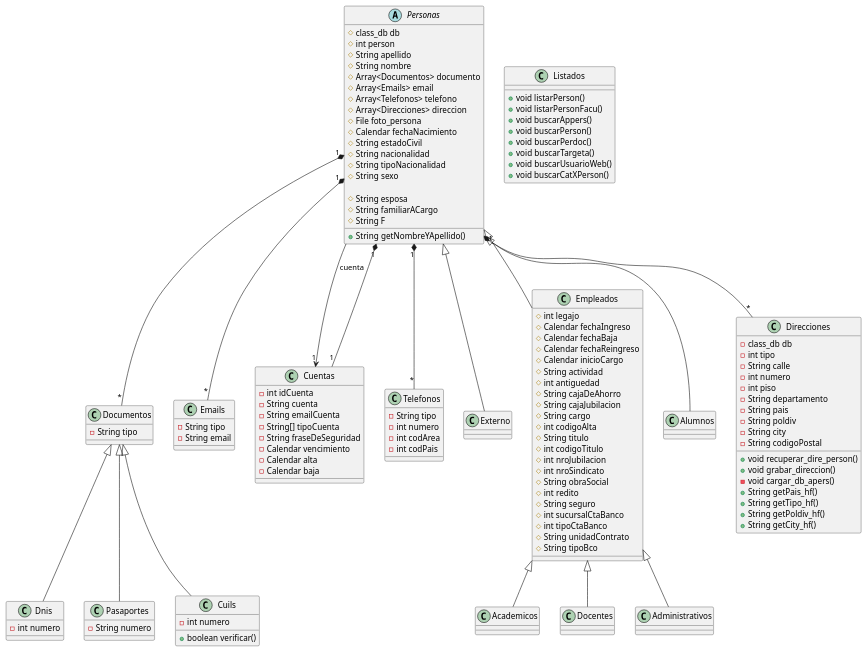
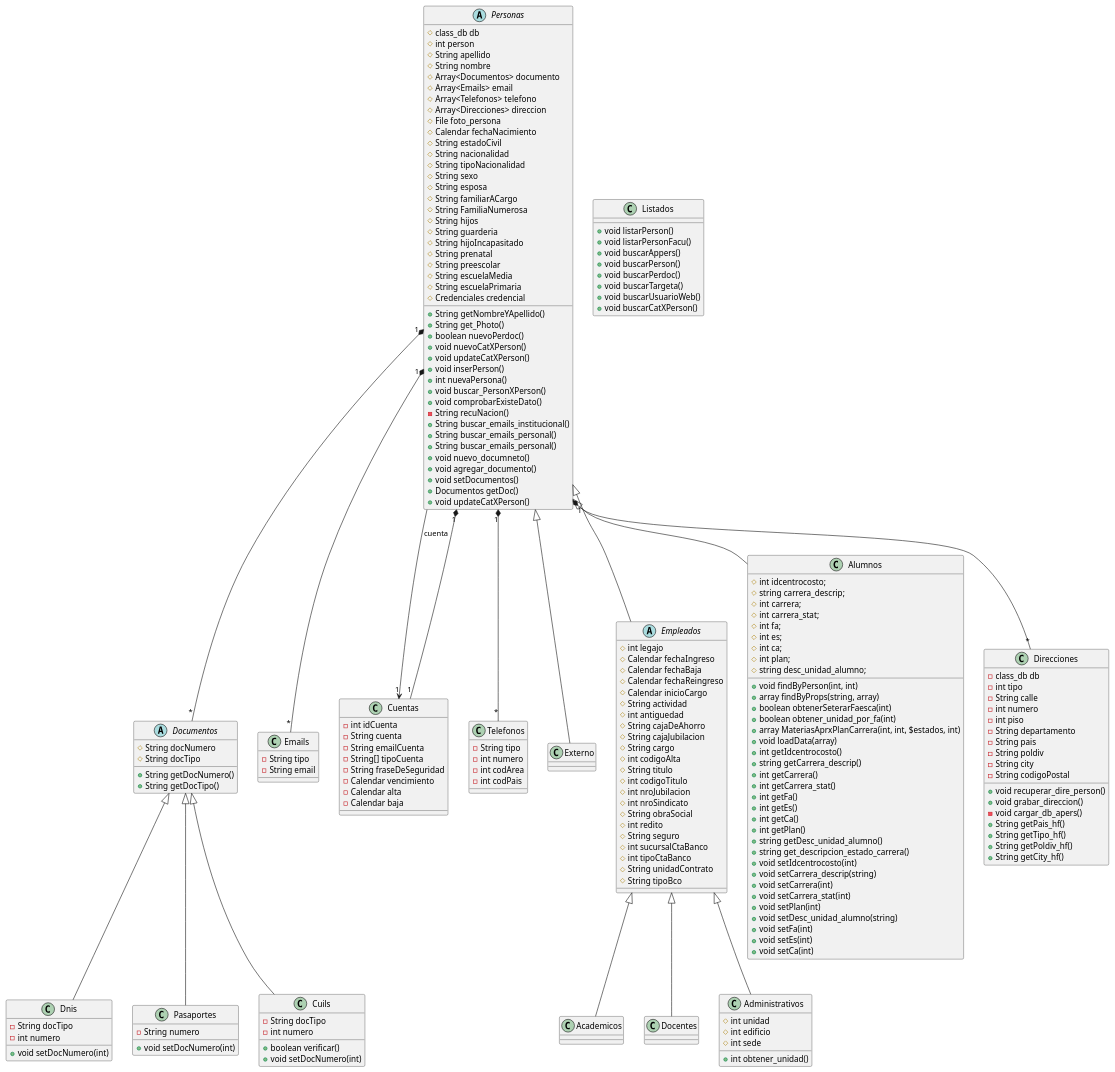
One commit to iberlot/clasesPersonas changed the diagram in Class Diagrams/diagramasClases.puml. Above: the diagram before and after it, drawn with PlantUML. The commit also changed 11 other files, not shown here.

```diff
--- a/Class Diagrams/diagramasClases.puml
+++ b/Class Diagrams/diagramasClases.puml
@@ -16,22 +16,64 @@
 	#String nacionalidad
 	#String tipoNacionalidad
 	#String sexo
-	
 	#String esposa
 	#String familiarACargo
-	#String F
-	
-	
+	#String FamiliaNumerosa
+	#String hijos
+	#String guarderia
+	#String hijoIncapasitado
+	#String prenatal
+	#String preescolar
+	#String escuelaMedia
+	#String escuelaPrimaria
+	#Credenciales credencial
+		
 	+String getNombreYApellido()
+        +String get_Photo()
+        +boolean nuevoPerdoc()
+        +void nuevoCatXPerson()
+        +void updateCatXPerson()
+        +void inserPerson()
+        +int nuevaPersona()
+        +void buscar_PersonXPerson()
+        +void comprobarExisteDato()
+        -String recuNacion()
+        +String buscar_emails_institucional()
+        +String buscar_emails_personal()
+        +String buscar_emails_personal()
+        +void nuevo_documneto()
+        +void agregar_documento()
+        +void setDocumentos()
+        +Documentos getDoc()
+        +void updateCatXPerson()
+
 }
 
+abstract class Documentos {
+    #String docNumero
+    #String docTipo
+    +String getDocNumero()
+    +String getDocTipo()
+}
 
-class Dnis [[java:personas.Dnis]] {
-	-int numero
+class Dnis {
+    -String docTipo
+    -int numero
+    +void setDocNumero(int)
 }
-abstract class Documentos [[java:personas.Documentos]] {
-	-String tipo
+
+class Pasaportes {
+    -String numero
+    +void setDocNumero(int)
 }
+
+class Cuils {
+    -String docTipo
+    -int numero
+    +boolean verificar()
+    +void setDocNumero(int)
+}
+
 class Emails [[java:personas.Emails]] {
 	-String tipo
 	-String email
@@ -56,7 +98,7 @@
 }
 class Externo [[java:personas.Externo]] {
 }
-abstract class Empleados [[java:personas.Empleados]] {
+abstract class Empleados{
 	#int legajo
 	#Calendar fechaIngreso
 	#Calendar fechaBaja
@@ -81,18 +123,45 @@
 	#String tipoBco
 	
 }
-class Docentes [[java:personas.Docentes]] {
+class Docentes {
+    
 }
-class Pasaportes [[java:personas.Pasaportes]] {
-	-String numero
-}
-class Cuils [[java:personas.Cuils]] {
-	-int numero
-	+boolean verificar()
-}
-class Documentos [[java:personas.Documentos]] {
-}
-class Alumnos [[java:personas.Alumnos]] {
+
+class Alumnos {
+    #int idcentrocosto;
+    #string carrera_descrip;
+    #int carrera;
+    #int carrera_stat;
+    #int fa;
+    #int es;
+    #int ca;
+    #int plan;
+    #string desc_unidad_alumno;
+    +void findByPerson(int, int)
+    +array findByProps(string, array)
+    +boolean obtenerSeterarFaesca(int)
+    +boolean obtener_unidad_por_fa(int)
+    +array MateriasAprxPlanCarrera(int, int, $estados, int)
+    +void loadData(array)
+    +int getIdcentrocosto()
+    +string getCarrera_descrip()
+    +int getCarrera()
+    +int getCarrera_stat()
+    +int getFa()
+    +int getEs()
+    +int getCa()
+    +int getPlan()
+    +string getDesc_unidad_alumno()
+    +string get_descripcion_estado_carrera()
+    +void setIdcentrocosto(int)
+    +void setCarrera_descrip(string)
+    +void setCarrera(int)
+    +void setCarrera_stat(int)
+    +void setPlan(int)
+    +void setDesc_unidad_alumno(string)
+    +void setFa(int)
+    +void setEs(int)
+    +void setCa(int)
 }
 class Listados [[java:personas.Listados]] {
 	+void listarPerson()
@@ -104,10 +173,13 @@
 	+void buscarUsuarioWeb()
 	+void buscarCatXPerson()
 }
-class Administrativos [[java:personas.Administrativos]] {
+class Administrativos {
+    #int unidad
+    #int edificio
+    #int sede
+    +int obtener_unidad()
 }
-class Empleados [[java:personas.Empleados]] {
-}
+
 class Direcciones {
 	-class_db db
 	-int tipo
```
